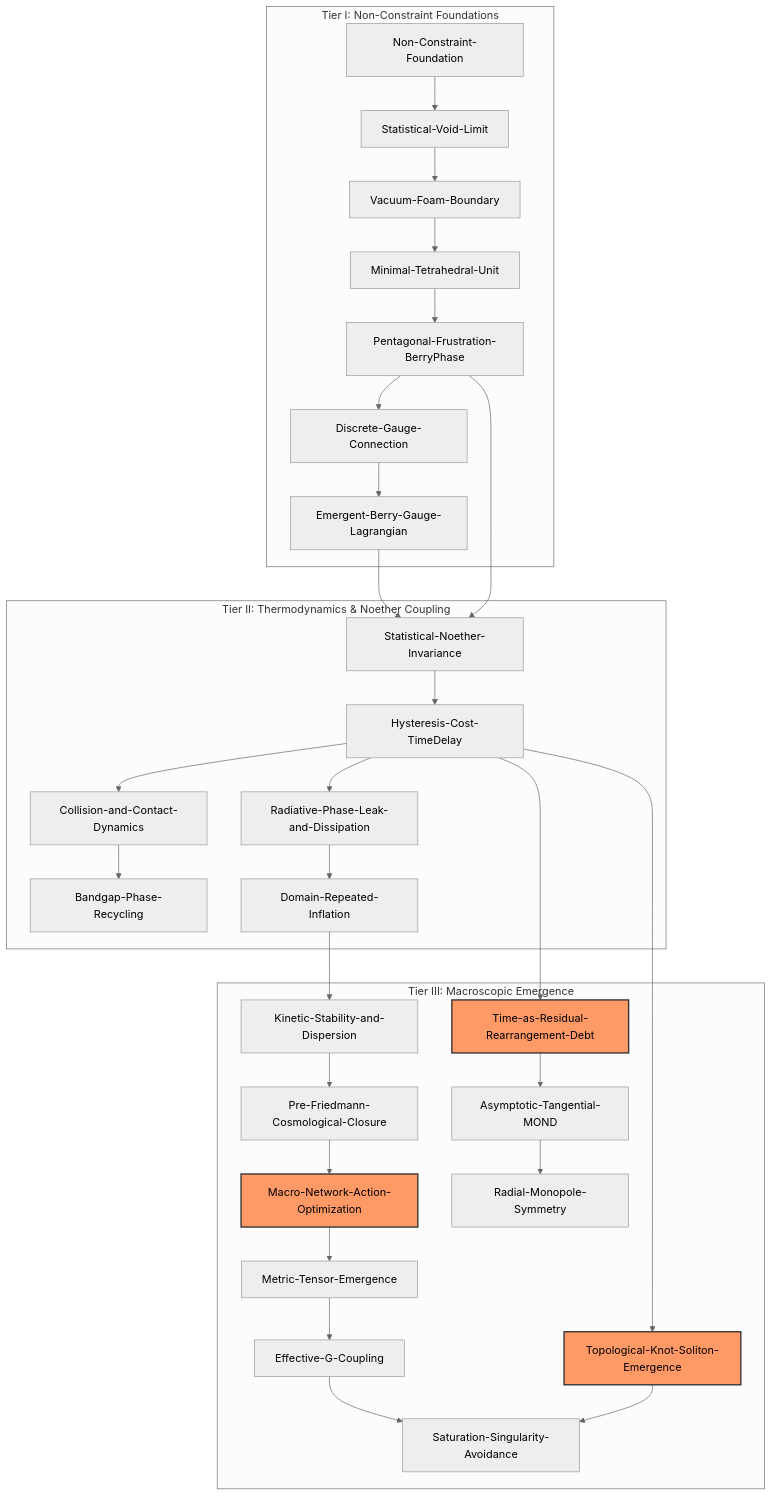
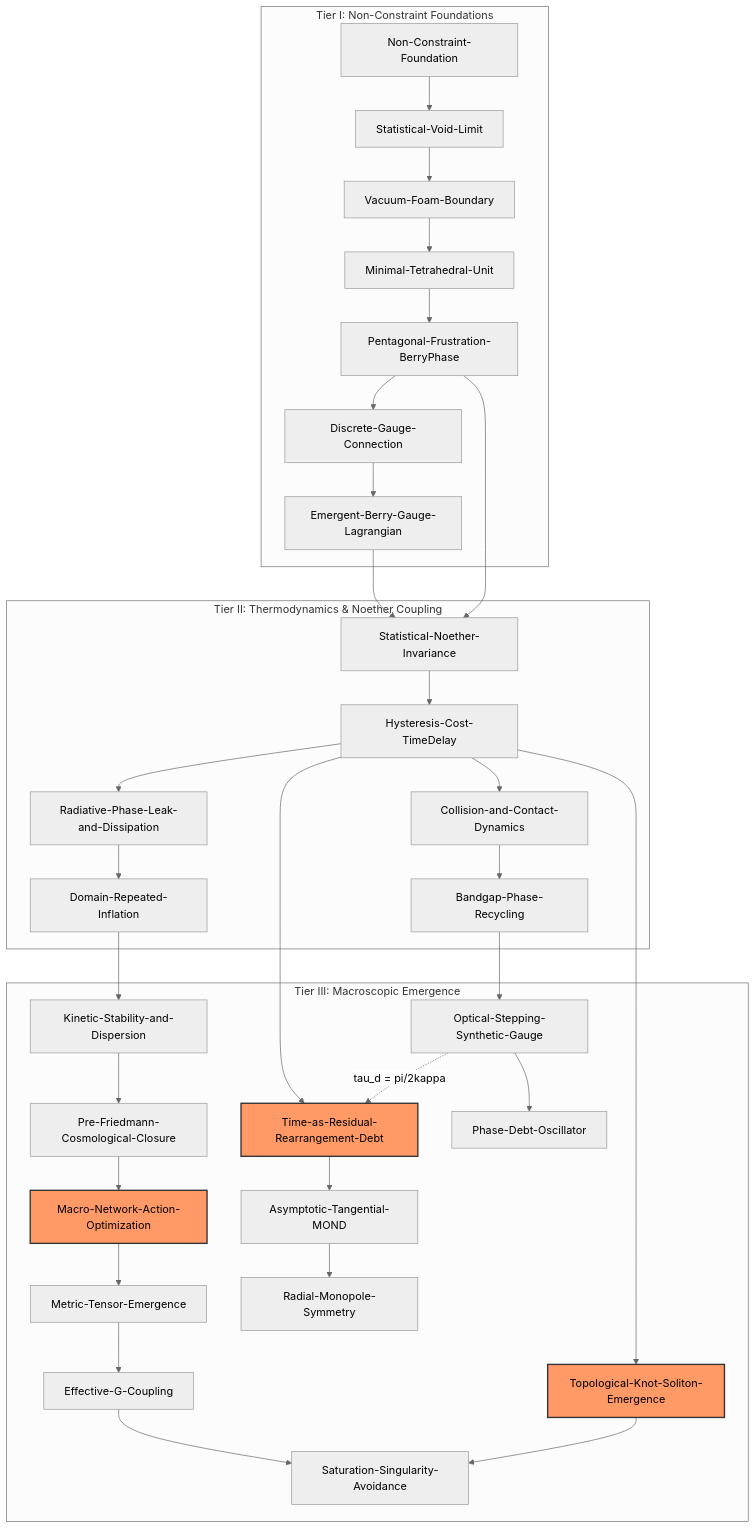
Before and after one commit to adelgachkar/Emergence-SDF-Vault: the diagram in 00_MOC/Canonical-Sequence-Architecture.md, drawn with Mermaid (neutral theme). The commit also changed other lines of this file and 22 other files, not shown here.

````diff
--- a/00_MOC/Canonical-Sequence-Architecture.md
+++ b/00_MOC/Canonical-Sequence-Architecture.md
@@ -56,38 +60,41 @@
 ```mermaid
 graph TD
 subgraph Tier_I [Tier I: Non-Constraint Foundations]
 NCF[Non-Constraint-Foundation] --> SVL[Statistical-Void-Limit]
 SVL --> VFB[Vacuum-Foam-Boundary]
 VFB --> MTU[Minimal-Tetrahedral-Unit]
 MTU --> PFBP[Pentagonal-Frustration-BerryPhase]
 PFBP --> DGC[Discrete-Gauge-Connection]
 DGC --> EBGL[Emergent-Berry-Gauge-Lagrangian]
 end
 
 subgraph Tier_II [Tier II: Thermodynamics & Noether Coupling]
 EBGL --> SNI[Statistical-Noether-Invariance]
 PFBP --> SNI
 SNI --> HCTD[Hysteresis-Cost-TimeDelay]
 HCTD --> CCD[Collision-and-Contact-Dynamics]
 CCD --> BPR[Bandgap-Phase-Recycling]
 HCTD --> RPLD[Radiative-Phase-Leak-and-Dissipation]
 RPLD --> DRI[Domain-Repeated-Inflation]
 end
 
 subgraph Tier_III [Tier III: Macroscopic Emergence]
 DRI --> KSD[Kinetic-Stability-and-Dispersion]
 KSD --> PFCC[Pre-Friedmann-Cosmological-Closure]
 PFCC --> MNAO[Macro-Network-Action-Optimization]
 MNAO --> MTE[Metric-Tensor-Emergence]
 MTE --> EGC[Effective-G-Coupling]
 HCTD --> TRRD[Time-as-Residual-Rearrangement-Debt]
 HCTD --> TKSE[Topological-Knot-Soliton-Emergence]
 TRRD --> ATM[Asymptotic-Tangential-MOND]
 ATM --> RMS[Radial-Monopole-Symmetry]
 EGC --> SSA[Saturation-Singularity-Avoidance]
 TKSE --> SSA
+BPR --> OSS[Optical-Stepping-Synthetic-Gauge]
+OSS --> PDO[Phase-Debt-Oscillator]
+OSS -.->|tau_d = pi/2kappa| TRRD
 end
 
 classDef highlight fill:#f96,stroke:#333,stroke-width:2px;
 class TRRD,TKSE,MNAO highlight;
 ```
````
